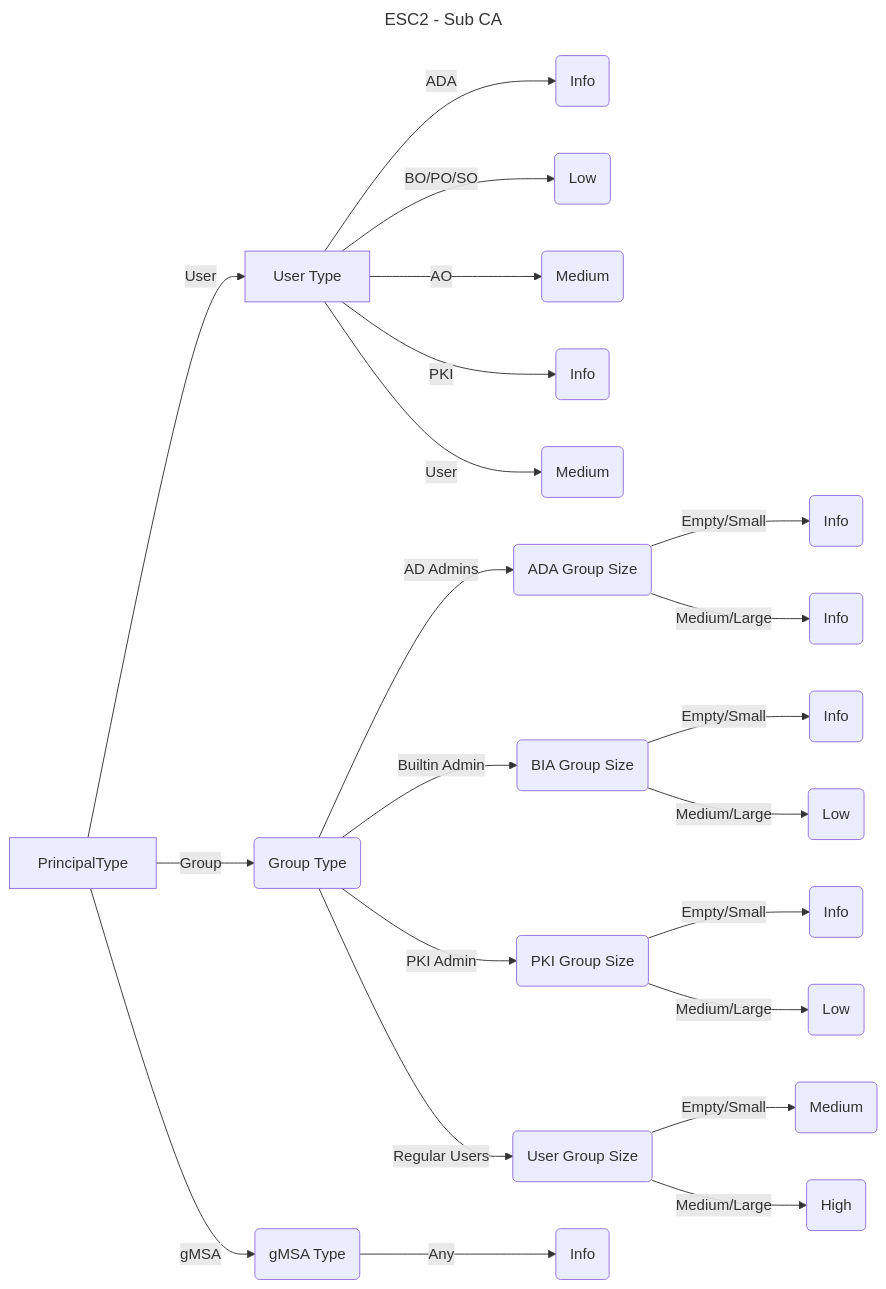
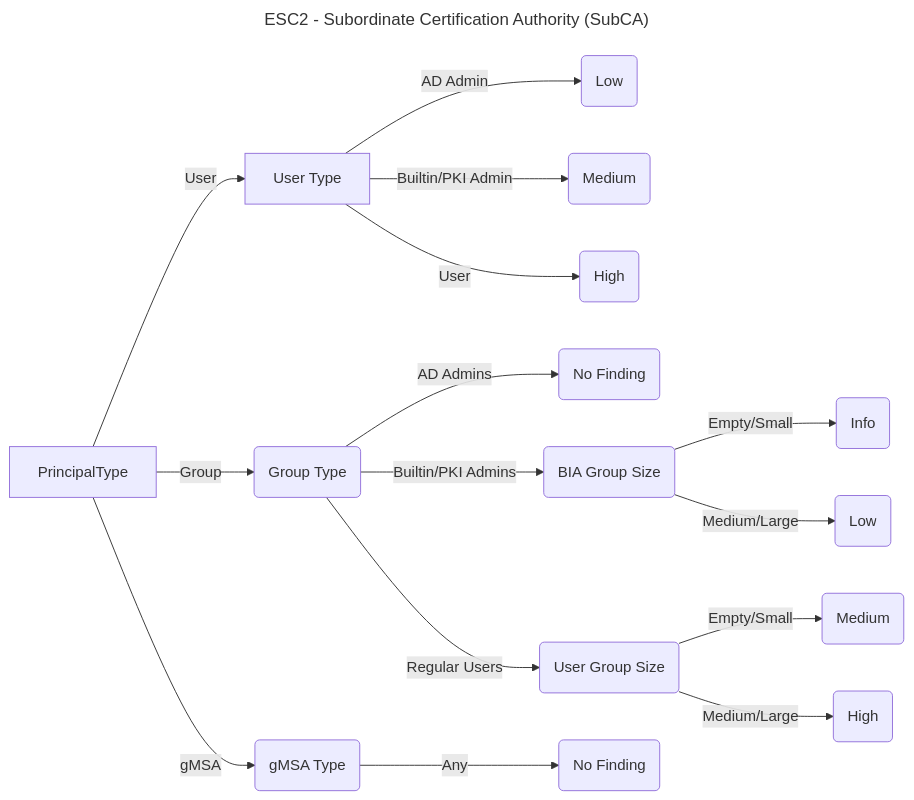
Before and after one commit to TrimarcJake/Locksmith: the diagram in Graphics/ESC2.md, drawn with Mermaid. The commit also changed 7 other files, not shown here.

````diff
--- a/Graphics/ESC2.md
+++ b/Graphics/ESC2.md
@@ -1,27 +1,20 @@
 ```mermaid
 ---
-title: ESC2 - Sub CA
+title: ESC2 - Subordinate Certification Authority (SubCA)
 ---
 flowchart LR
     PrincipalType -->|User| UserType["User Type"];
-            UserType -- ADA --> ADAUPriority(Info);
-            UserType -- BO/PO/SO --> BIAUPriority(Low);
-            UserType -- AO --> AOUPriority(Medium);
-            UserType -- PKI --> PKIAUPriority(Info);
-            UserType -- User --> UserPriority(Medium);
+            UserType -- AD Admin --> ADAUPriority(Low);
+            UserType -- Builtin/PKI Admin --> BIAUPriority(Medium);
+            UserType -- User --> UserPriority(High);
     PrincipalType -->|Group| GroupType("Group Type");
-            GroupType -- AD Admins --> ADASize(ADA Group Size);
-                ADASize -- Empty/Small --> ADAEGPriority(Info);
-                ADASize -- Medium/Large --> ADAMGPriority(Info);
-            GroupType -- Builtin Admin --> BIASize(BIA Group Size);
+            GroupType -- AD Admins --> ADASize(No Finding);
+            GroupType -- Builtin/PKI Admins --> BIASize(BIA Group Size);
                 BIASize -- Empty/Small --> BIAEGPriority(Info);
                 BIASize -- Medium/Large --> BIAMGPriority(Low);
-            GroupType -- PKI Admin --> PKIASize(PKI Group Size);
-                PKIASize -- Empty/Small --> PKIAEGPriority(Info);
-                PKIASize -- Medium/Large --> PKIAMGPriority(Low);
             GroupType -- Regular Users --> UsersSize(User Group Size);
                 UsersSize -- Empty/Small --> UsersEGPriority(Medium);
                 UsersSize -- Medium/Large --> UsersMGPriority(High);
     PrincipalType -->|gMSA| gMSAType(gMSA Type);
-            gMSAType -- Any --> gMSAPriority(Info);
+            gMSAType -- Any --> gMSAPriority(No Finding);
 ```
````
